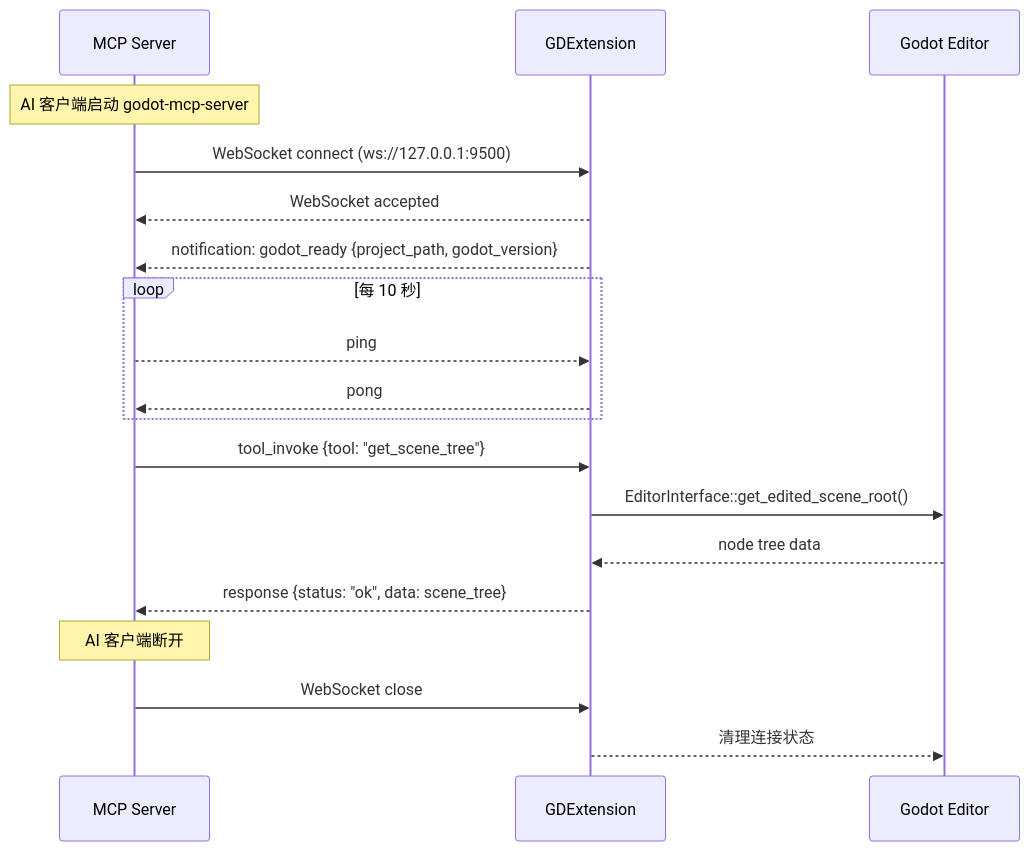
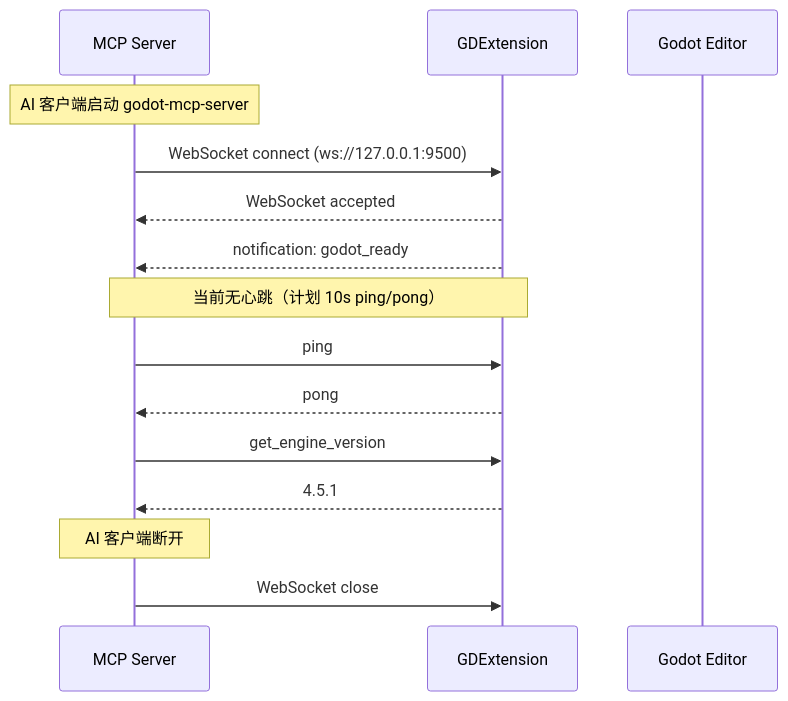
Before and after one commit to jesspig/GodotMCP-GDExtension: the diagram in .repo_wiki/specification/protocol.md, drawn with Mermaid. The commit also changed other lines of this file and 9 other files, not shown here.

````diff
--- a/.repo_wiki/specification/protocol.md
+++ b/.repo_wiki/specification/protocol.md
@@ -94,25 +94,21 @@
 ```mermaid
 sequenceDiagram
     participant S as MCP Server
     participant G as GDExtension
     participant E as Godot Editor
-    
+
     Note over S: AI 客户端启动 godot-mcp-server
     S->>G: WebSocket connect (ws://127.0.0.1:9500)
     G-->>S: WebSocket accepted
-    G-->>S: notification: godot_ready {project_path, godot_version}
-    
-    loop 每 10 秒
-        S-->>G: ping
-        G-->>S: pong
-    end
-    
-    S->>G: tool_invoke {tool: "get_scene_tree"}
-    G->>E: EditorInterface::get_edited_scene_root()
-    E-->>G: node tree data
-    G-->>S: response {status: "ok", data: scene_tree}
-    
+    G-->>S: notification: godot_ready
+
+    Note over S,G: 当前无心跳（计划 10s ping/pong）
+
+    S->>G: ping
+    G-->>S: pong
+    S->>G: get_engine_version
+    G-->>S: 4.5.1
+
     Note over S: AI 客户端断开
     S->>G: WebSocket close
-    G-->>E: 清理连接状态
 ```
````
